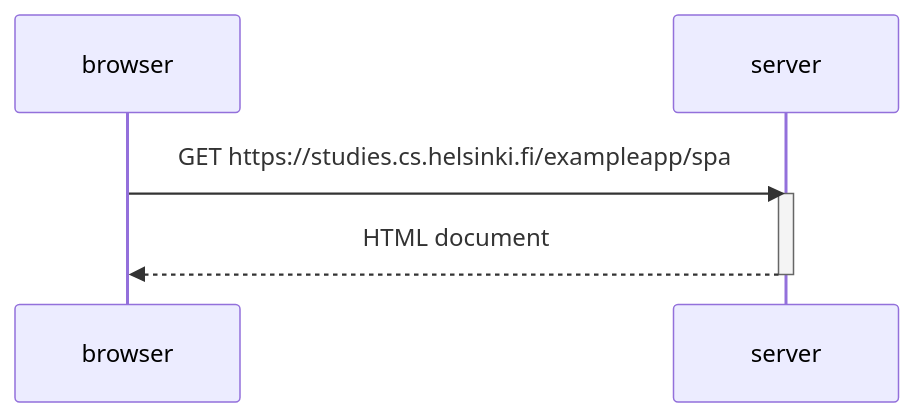
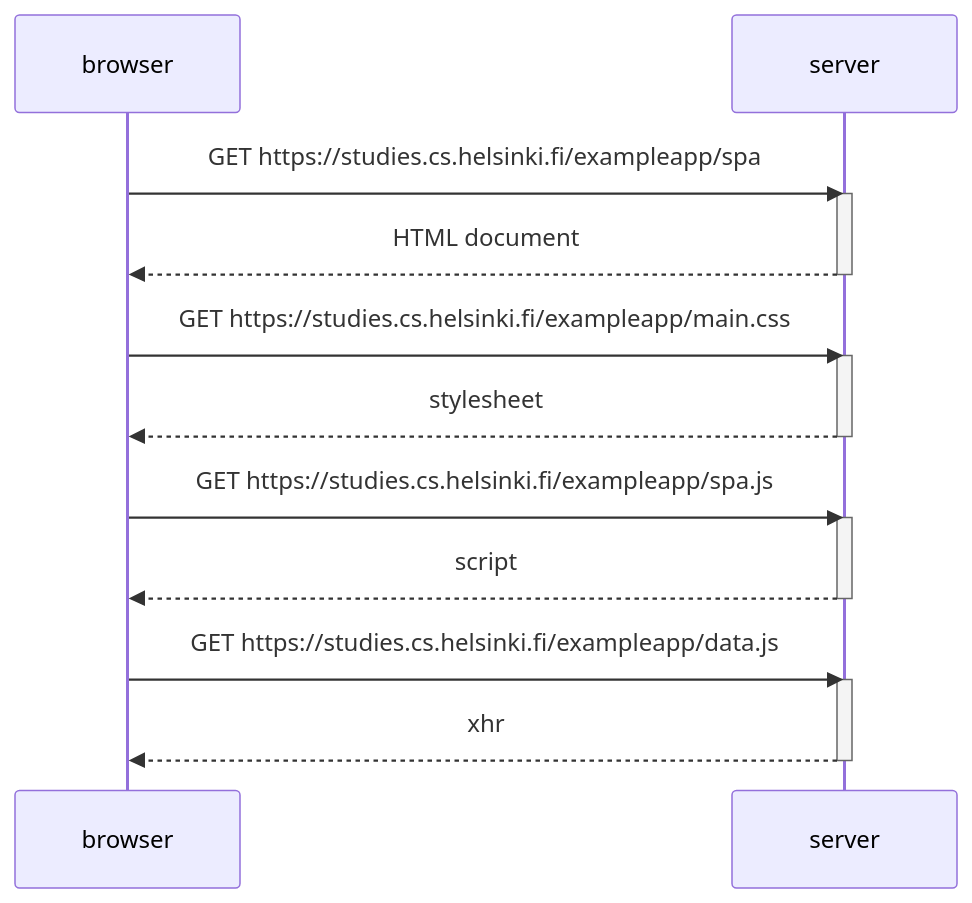
Before and after one commit to taunoe/fso-kursus: the diagram in part0/5.md, drawn with Mermaid. The commit also changed 13 other files, not shown here.

````diff
--- a/part0/5.md
+++ b/part0/5.md
@@ -3,11 +3,26 @@
 ```mermaid
 sequenceDiagram
     participant browser
     participant server
 
     browser->>server: GET https://studies.cs.helsinki.fi/exampleapp/spa
     activate server
     server-->>browser: HTML document
     deactivate server
 
+    browser->>server: GET https://studies.cs.helsinki.fi/exampleapp/main.css
+    activate server
+    server-->>browser: stylesheet
+    deactivate server
+
+    browser->>server: GET https://studies.cs.helsinki.fi/exampleapp/spa.js
+    activate server
+    server-->>browser: script
+    deactivate server
+
+    browser->>server: GET https://studies.cs.helsinki.fi/exampleapp/data.js
+    activate server
+    server-->>browser: xhr
+    deactivate server
+
 ```
````
